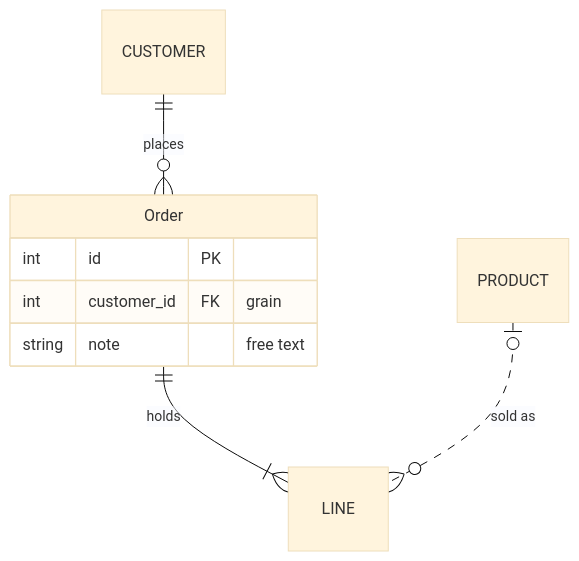
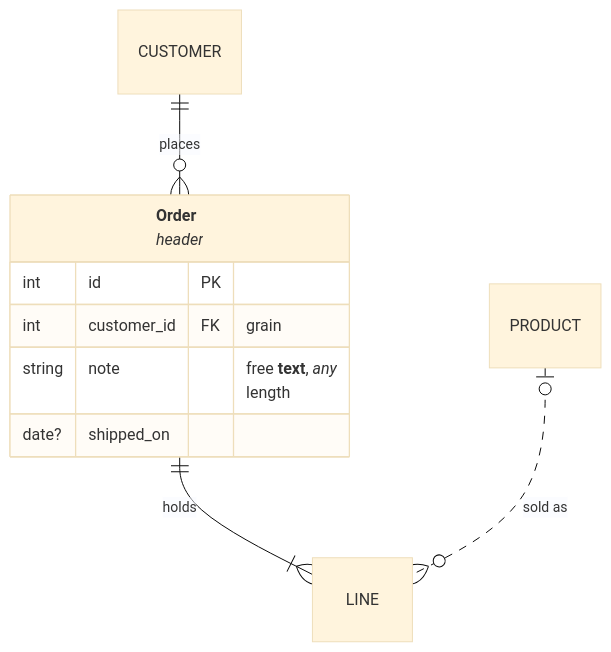
One commit to nvsravank/avagahana changed the diagram in format/samples/good-er.md. Above: the diagram before and after it, drawn with Mermaid (base theme). The commit also changed 41 other files, not shown here.

Commit message:
WO-22 follow-up: ER column compare, Renames, row signs, column sparkles, nullable types, ER emphasis, sign room on labels, release example ER

````diff
--- a/format/samples/good-er.md
+++ b/format/samples/good-er.md
@@ -3,13 +3,14 @@
 ```mermaid
 erDiagram
   CUSTOMER ||--o{ ORDER : places
   ORDER ||--|{ LINE : holds
   PRODUCT |o..o{ LINE : "sold as"
-  ORDER["Order"] {
+  ORDER["**Order**<br>_header_"] {
     int id PK
     int customer_id FK "grain"
-    string note "free text"
+    string note "free **text**, _any_<br>length"
+    date? shipped_on
   }
   LINE:::fact
   classDef big stroke-width:3px
 ```
````
